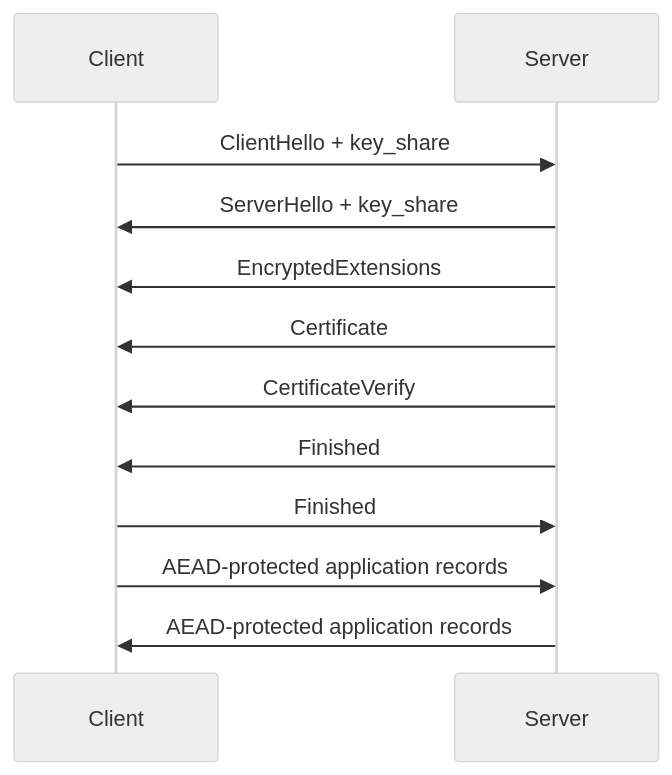
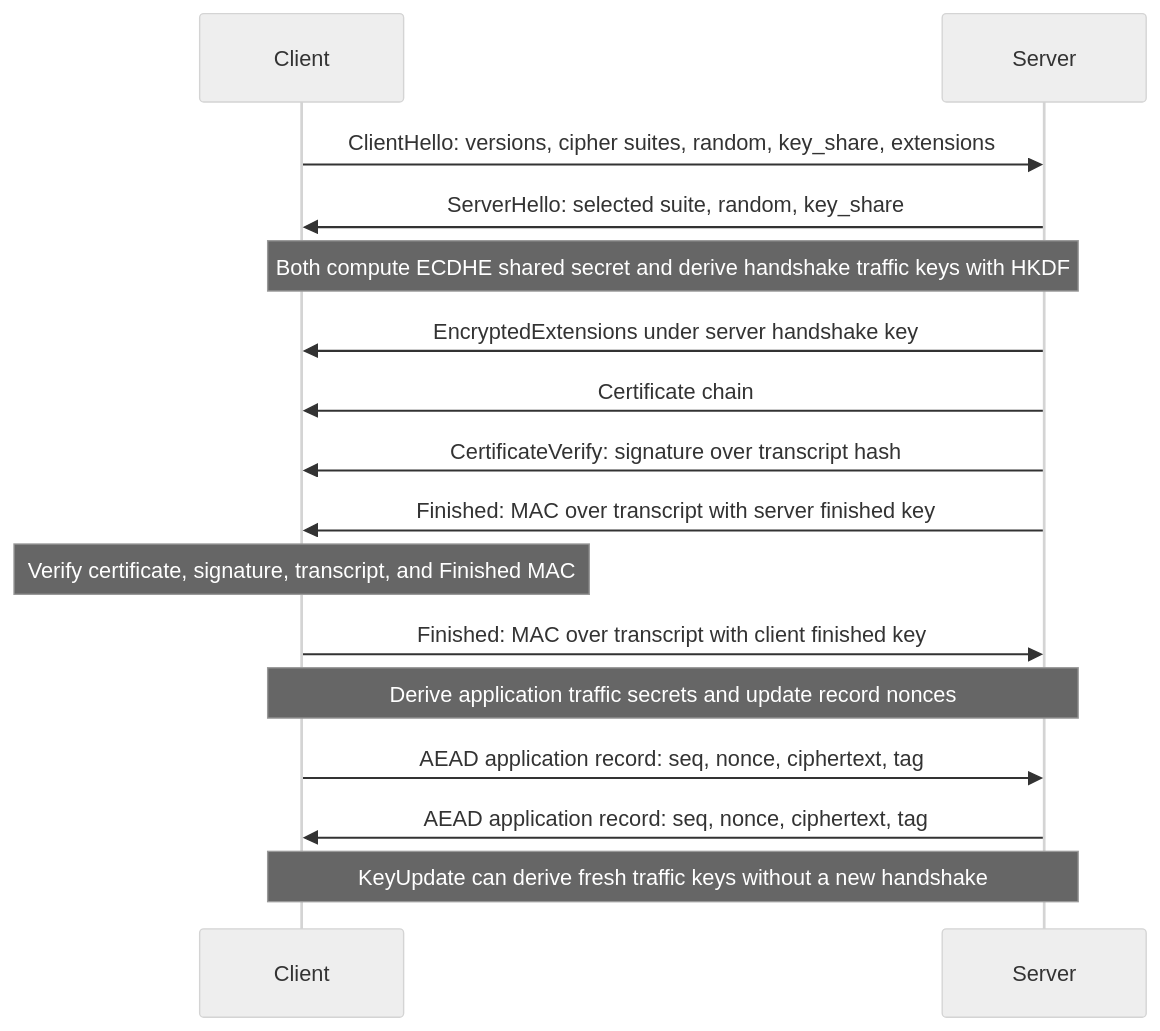
One commit to justinbrianhwang/SJ-wiki changed the diagram in docs/cs/cryptography/tls-protocol-overview.md. Above: the diagram before and after it, drawn with Mermaid (neutral theme). The commit also changed other lines of this file and 1858 other files, not shown here.

Commit message:
Upgrade Mermaid diagrams to real architecture level across DL/CS-systems/CS-applied/QIS/Physics+Math+Chem (~728 mermaid blocks total): detailed sublayers, residuals, dimensions, shape transitions, subgraph grouping

````diff
--- a/docs/cs/cryptography/tls-protocol-overview.md
+++ b/docs/cs/cryptography/tls-protocol-overview.md
@@ -68,14 +68,18 @@
 ```mermaid
 sequenceDiagram
   participant C as Client
   participant S as Server
-  C->>S: ClientHello + key_share
-  S->>C: ServerHello + key_share
-  S->>C: EncryptedExtensions
-  S->>C: Certificate
-  S->>C: CertificateVerify
-  S->>C: Finished
-  C->>S: Finished
-  C->>S: AEAD-protected application records
-  S->>C: AEAD-protected application records
+  C->>S: ClientHello: versions, cipher suites, random, key_share, extensions
+  S->>C: ServerHello: selected suite, random, key_share
+  Note over C,S: Both compute ECDHE shared secret and derive handshake traffic keys with HKDF
+  S->>C: EncryptedExtensions under server handshake key
+  S->>C: Certificate chain
+  S->>C: CertificateVerify: signature over transcript hash
+  S->>C: Finished: MAC over transcript with server finished key
+  Note over C: Verify certificate, signature, transcript, and Finished MAC
+  C->>S: Finished: MAC over transcript with client finished key
+  Note over C,S: Derive application traffic secrets and update record nonces
+  C->>S: AEAD application record: seq, nonce, ciphertext, tag
+  S->>C: AEAD application record: seq, nonce, ciphertext, tag
+  Note over C,S: KeyUpdate can derive fresh traffic keys without a new handshake
 ```
````
